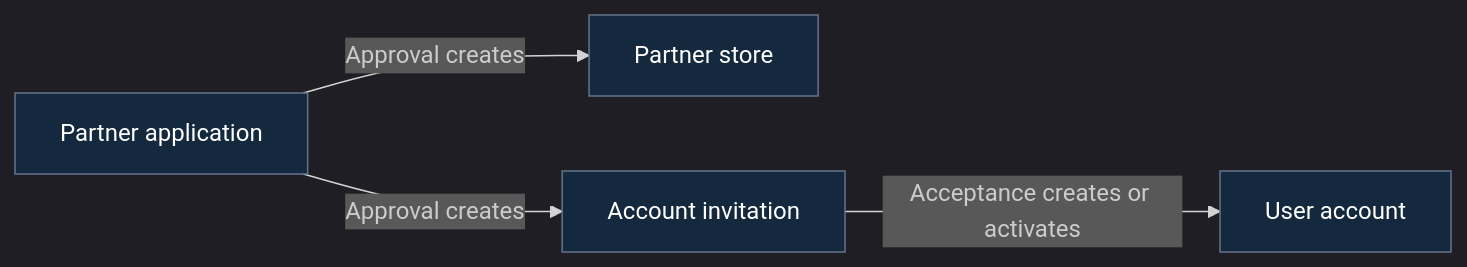
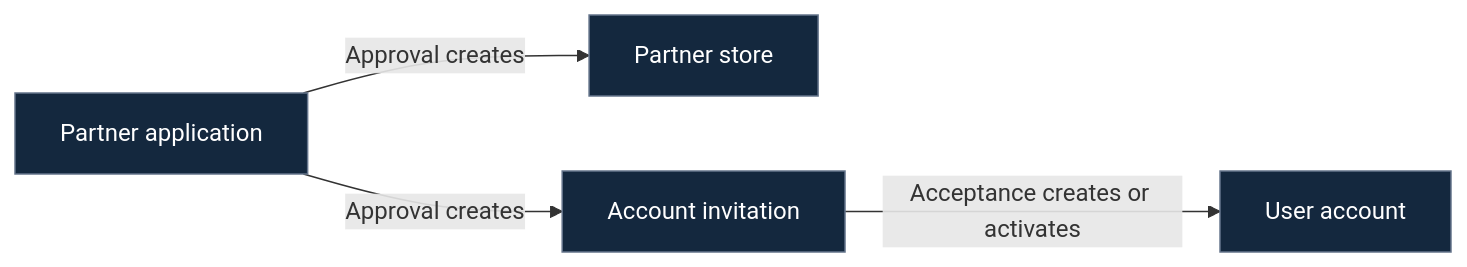
One commit to B-A-D-R-SL/iris changed the second of 2 diagrams in docs/03-design/domain-model.md. Above: the diagram before and after it, drawn with Mermaid. The commit also changed other lines of this file and 3 other files, not shown here.

Commit message:
Drafted the architecture document for release 1

````diff
--- a/docs/03-design/domain-model.md
+++ b/docs/03-design/domain-model.md
@@ -91,15 +91,15 @@
 ```mermaid
-%%{init: {"theme": "dark"}}%%
+
 flowchart LR
     PartnerApplication["Partner application"]
     Store["Partner store"]
     Invitation["Account invitation"]
     User["User account"]
 
     PartnerApplication -->|"Approval creates"| Store
     PartnerApplication -->|"Approval creates"| Invitation
     Invitation -->|"Acceptance creates or activates"| User
 
     classDef concept fill:#14283e,stroke:#64748b,color:#ffffff;
     class PartnerApplication,Store,Invitation,User concept;
 ```
````
